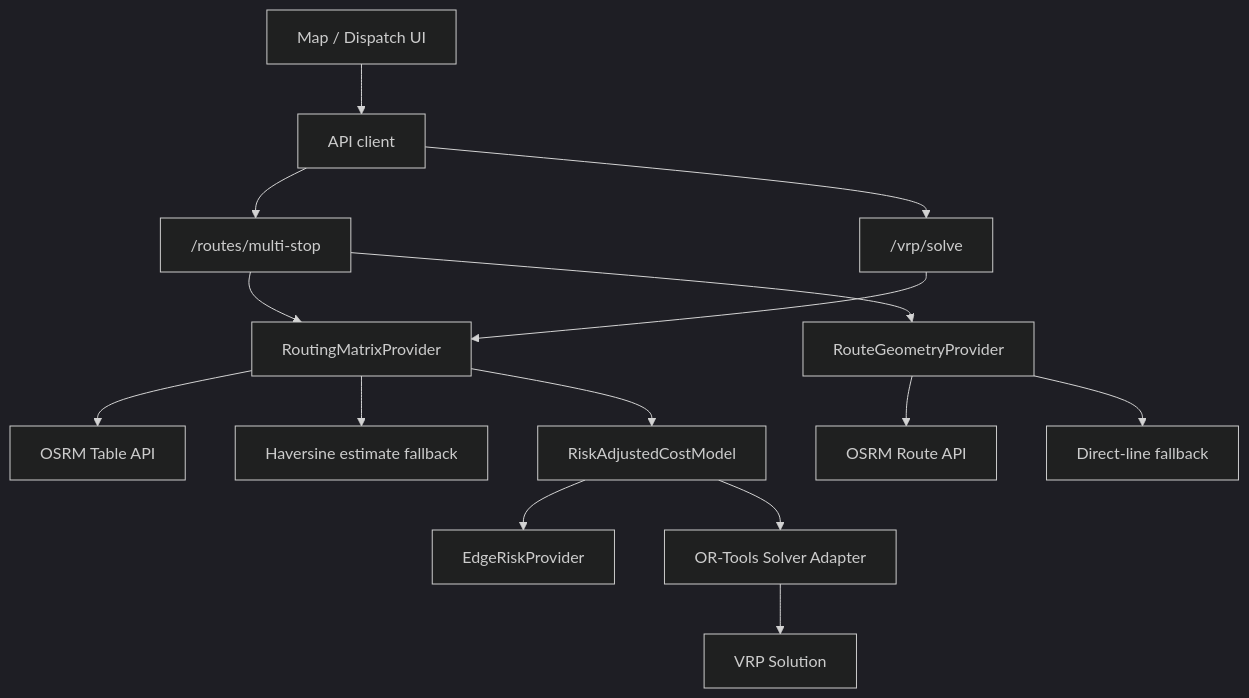
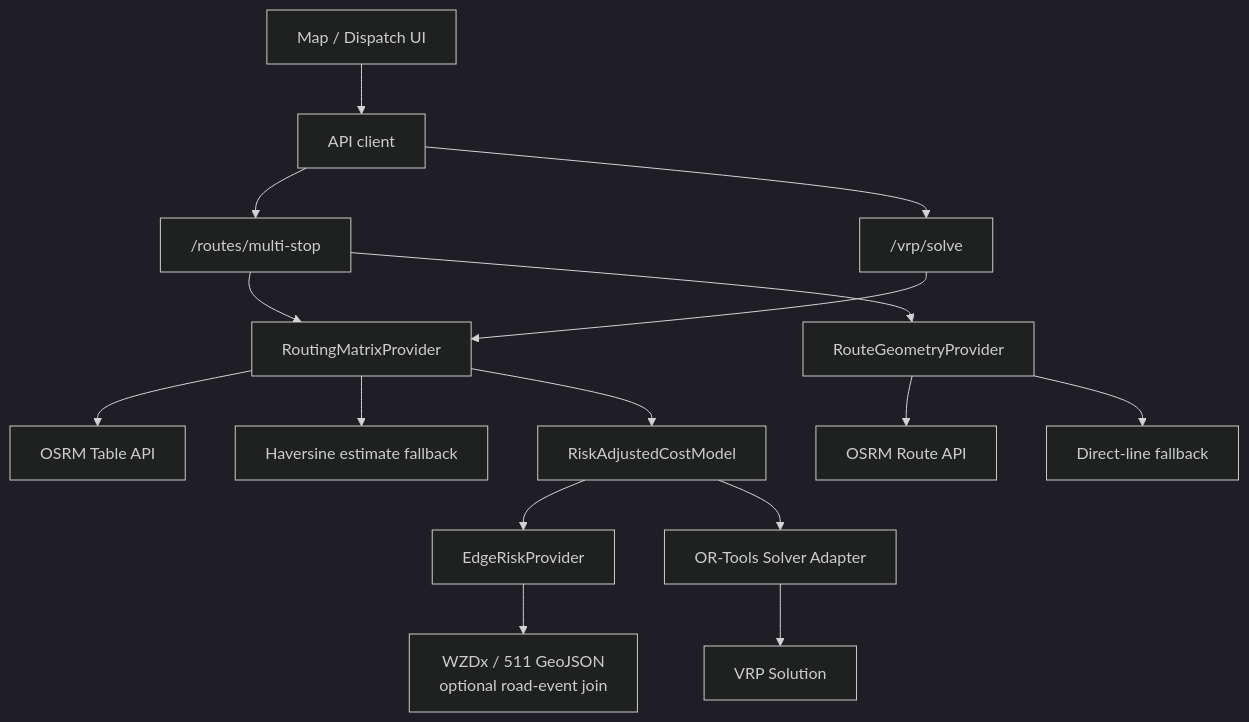
One commit to signalgap9-del/peachtree-dispatch changed the diagram in docs/architecture/route-engine-vrp-foundation.md. Above: the diagram before and after it, drawn with Mermaid (dark theme). The commit also changed other lines of this file and 28 other files, not shown here.

Commit message:
feat(platform): add idempotent saved routes and road events

````diff
--- a/docs/architecture/route-engine-vrp-foundation.md
+++ b/docs/architecture/route-engine-vrp-foundation.md
@@ -35,17 +36,18 @@
 ```mermaid
 flowchart TD
     UI["Map / Dispatch UI"] --> API["API client"]
     API --> MultiStop["/routes/multi-stop"]
     API --> VrpSolve["/vrp/solve"]
     MultiStop --> Matrix["RoutingMatrixProvider"]
     VrpSolve --> Matrix
     Matrix --> OSRM["OSRM Table API"]
     Matrix --> Fallback["Haversine estimate fallback"]
     MultiStop --> Geometry["RouteGeometryProvider"]
     Geometry --> RouteApi["OSRM Route API"]
     Geometry --> GeoFallback["Direct-line fallback"]
     Matrix --> Cost["RiskAdjustedCostModel"]
     Cost --> Risk["EdgeRiskProvider"]
+    Risk --> RoadEvents["WZDx / 511 GeoJSON<br/>optional road-event join"]
     Cost --> Solver["OR-Tools Solver Adapter"]
     Solver --> Solution["VRP Solution"]
 ```
````
